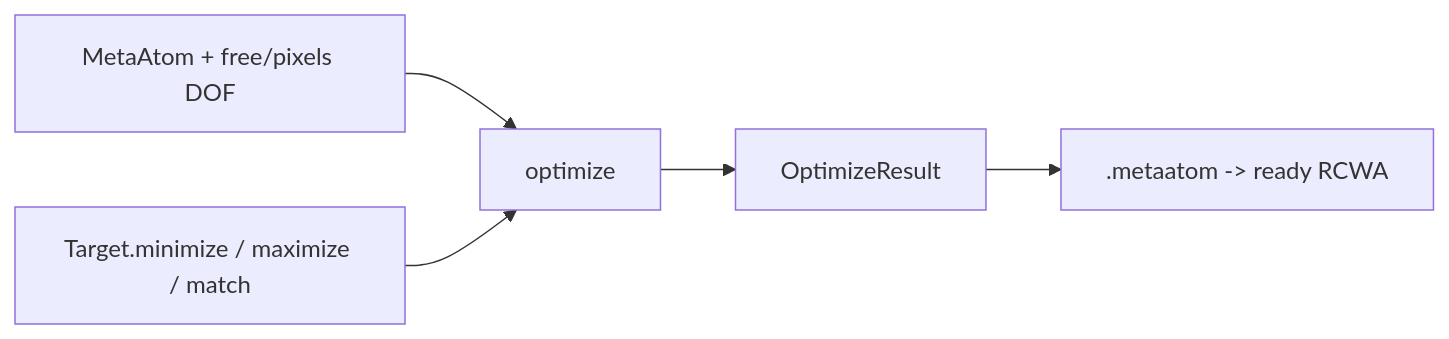
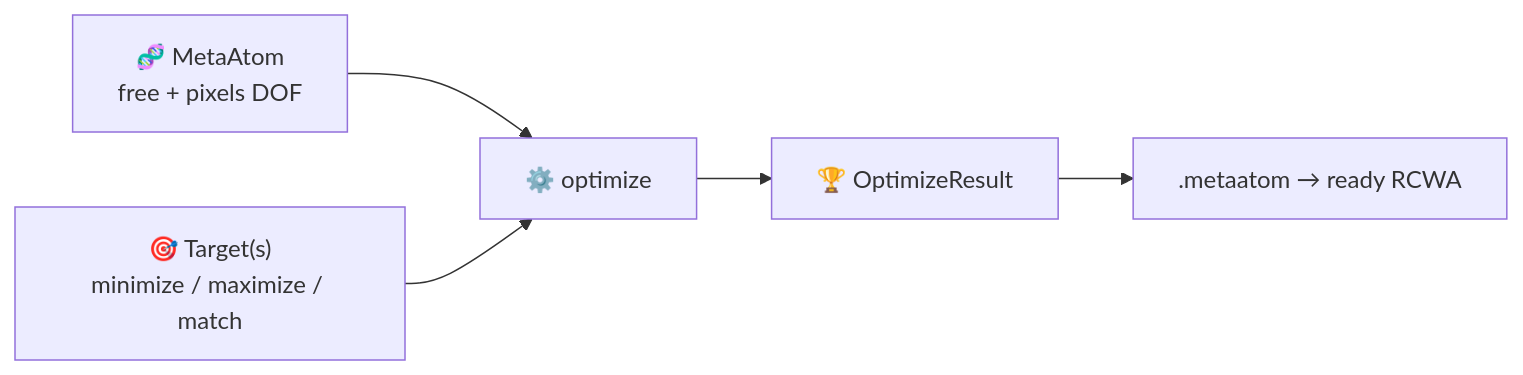
The diagram in docs/api/inverse.md (CAVITYtechnologies/ikarus), drawn with Mermaid before and after one commit. The commit also changed other lines of this file and 31 other files, not shown here.

````diff
--- a/docs/api/inverse.md
+++ b/docs/api/inverse.md
@@ -15,7 +15,7 @@
 ```mermaid
 flowchart LR
-    A[MetaAtom + free/pixels DOF] --> O[optimize]
-    T[Target.minimize / maximize / match] --> O
-    O --> Rres[OptimizeResult]
-    Rres --> RC[.metaatom -> ready RCWA]
+    A["🧬 MetaAtom<br/>free + pixels DOF"] --> O["⚙️ optimize"]
+    T["🎯 Target(s)<br/>minimize / maximize / match"] --> O
+    O --> Rres["🏆 OptimizeResult"]
+    Rres --> RC[".metaatom → ready RCWA"]
 ```
````
